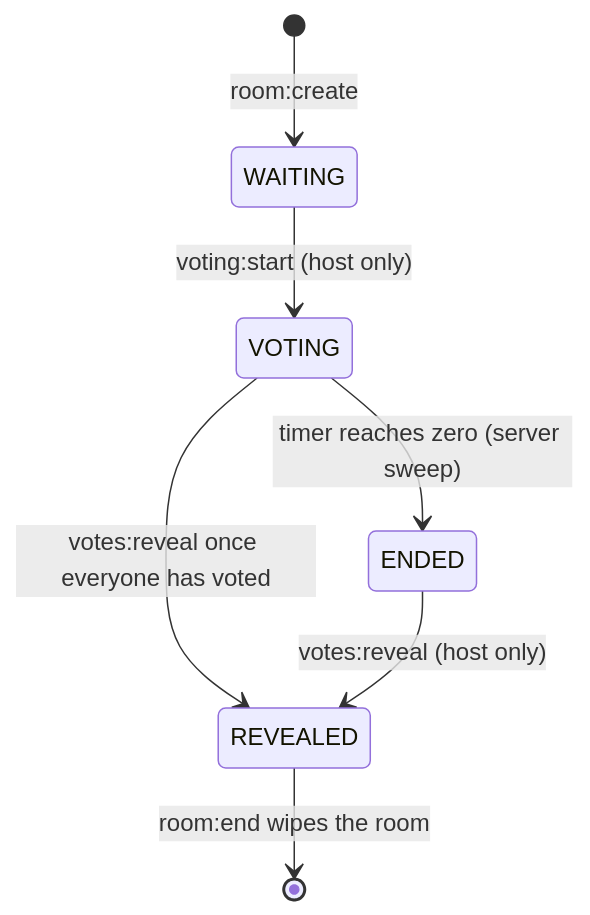
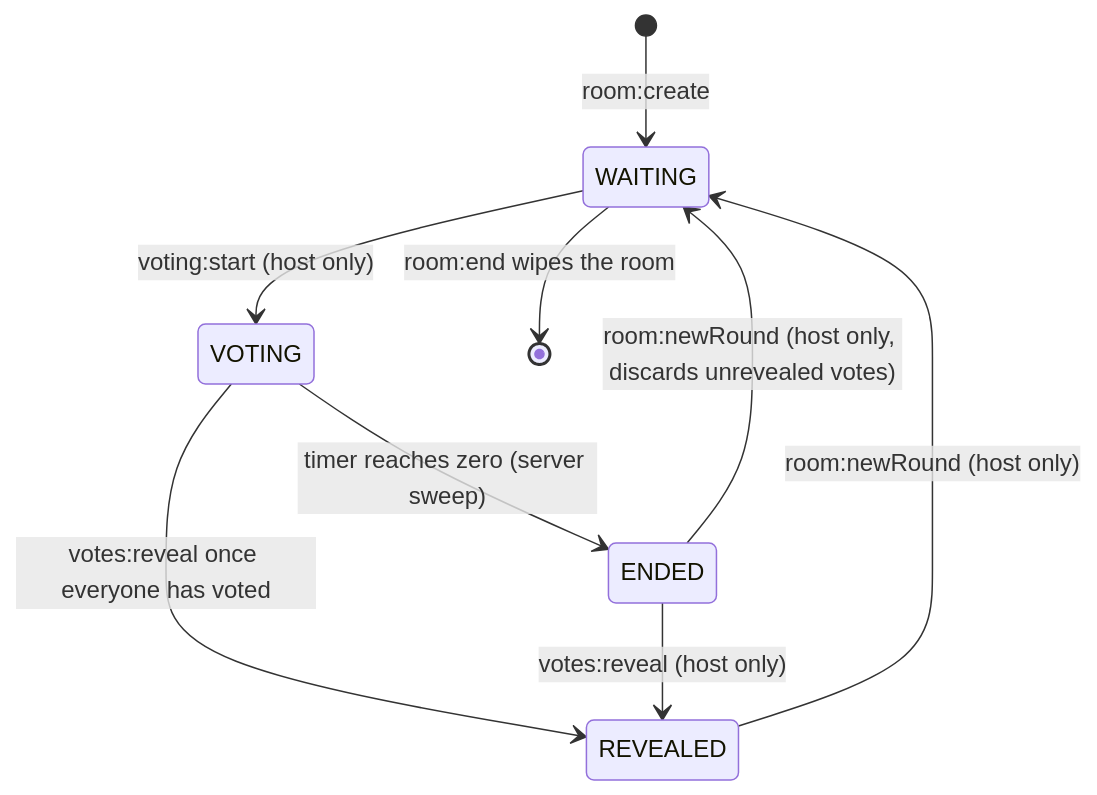
The second of 3 diagrams in docs/ARCHITECTURE.md (Vishalg7674/planning-poker), drawn with Mermaid before and after one commit. The commit also changed other lines of this file and 108 other files, not shown here.

````diff
--- a/docs/ARCHITECTURE.md
+++ b/docs/ARCHITECTURE.md
@@ -75,9 +76,11 @@
 ```mermaid
 stateDiagram-v2
     [*] --> WAITING: room:create
     WAITING --> VOTING: voting:start (host only)
     VOTING --> ENDED: timer reaches zero (server sweep)
     VOTING --> REVEALED: votes:reveal once everyone has voted
     ENDED --> REVEALED: votes:reveal (host only)
-    REVEALED --> [*]: room:end wipes the room
+    ENDED --> WAITING: room:newRound (host only, discards unrevealed votes)
+    REVEALED --> WAITING: room:newRound (host only)
+    WAITING --> [*]: room:end wipes the room
 ```
````
